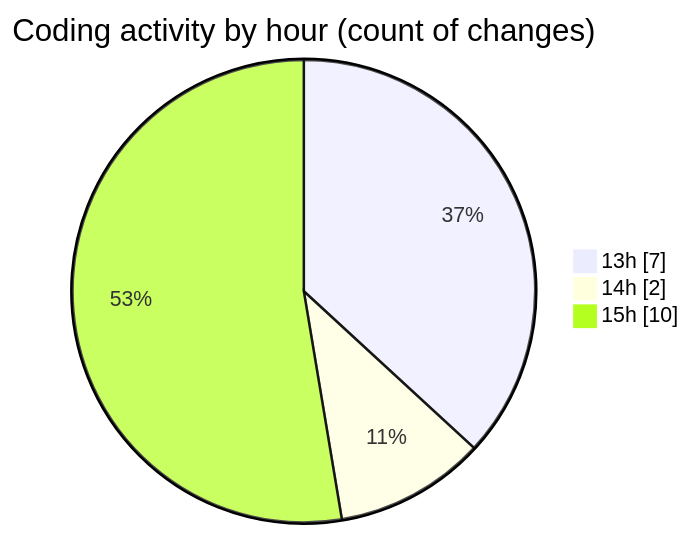
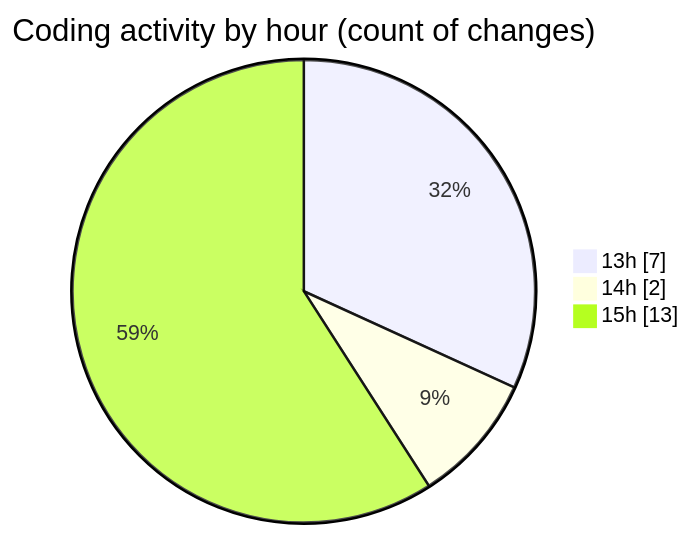
Before and after one commit to charlie-sans/code-tracking: the second of 2 diagrams in 2025-02-24/micros/README.md, drawn with Mermaid. The commit also changed other lines of this file and 1 other file, not shown here.

````diff
--- a/2025-02-24/micros/README.md
+++ b/2025-02-24/micros/README.md
@@ -37,7 +37,7 @@
 ```mermaid
 pie showData
 title Coding activity by hour (count of changes)
 "13h" : 7
 "14h" : 2
-"15h" : 10
+"15h" : 13
 ```
````
